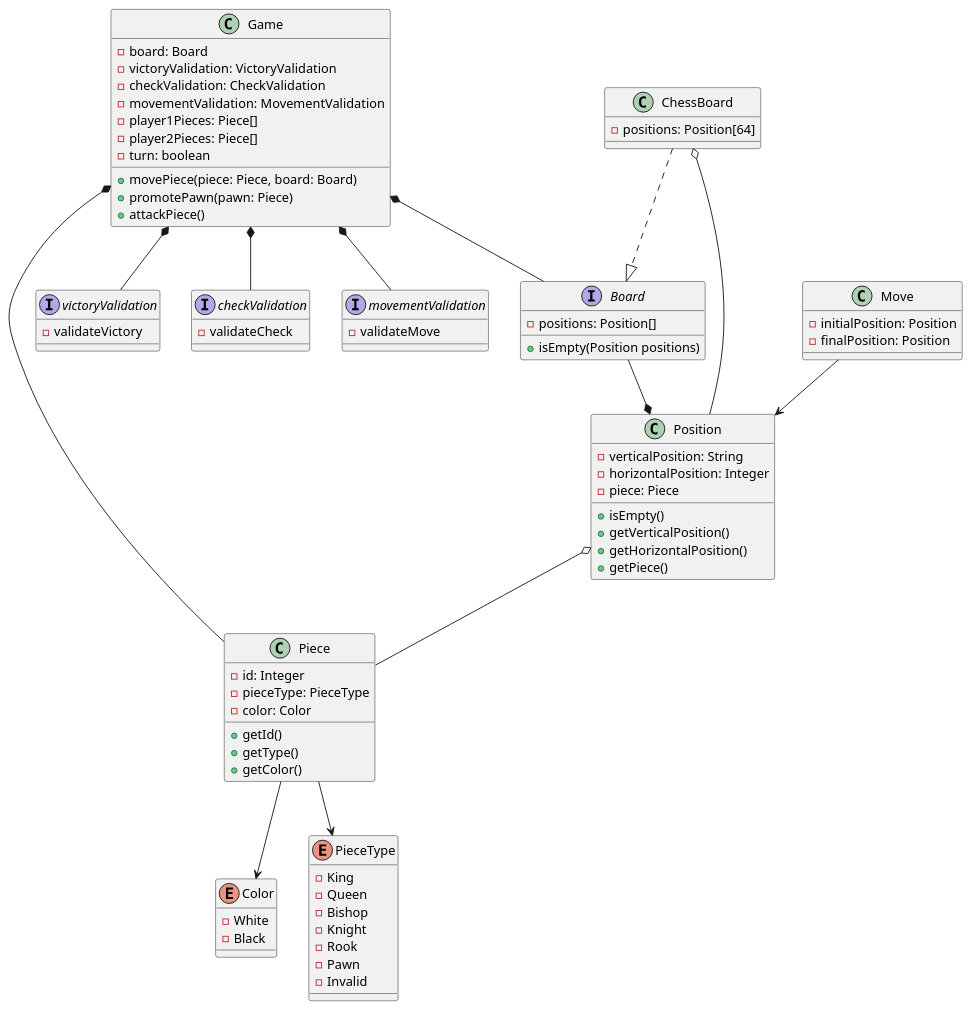
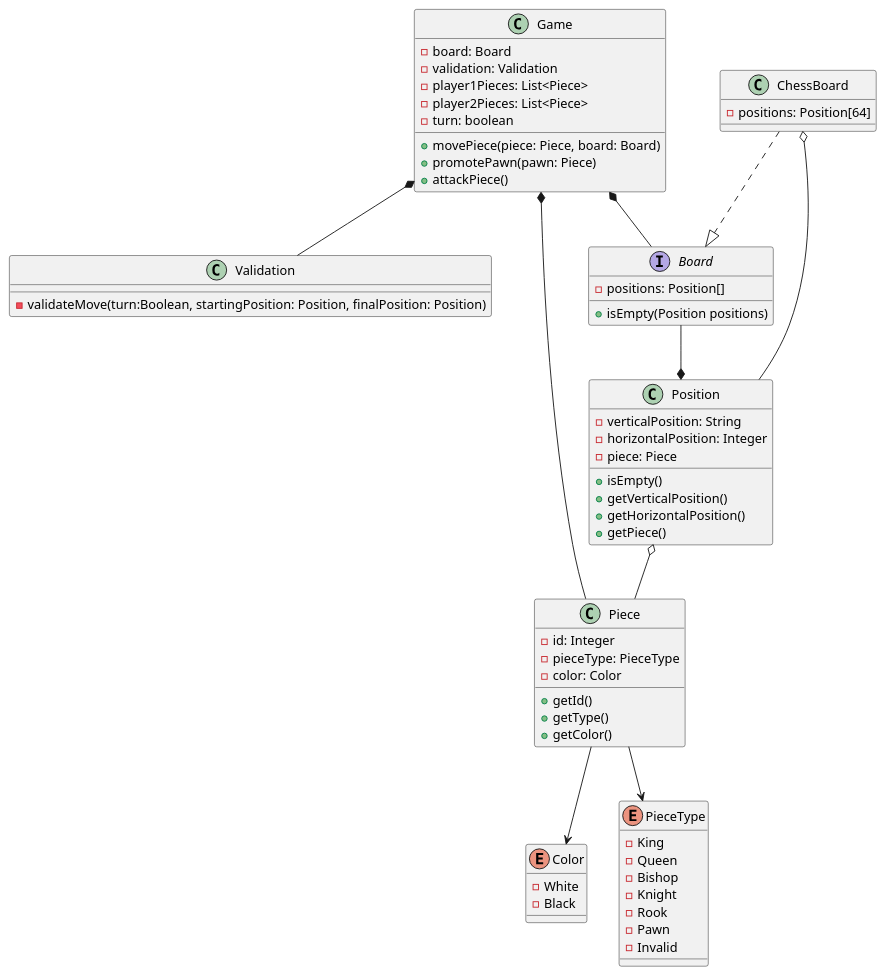
Before and after one commit to JulianRecio/Dis-Sist-Chess: the diagram in diagrams/chessDiagram.puml, drawn with PlantUML. The commit also changed 23 other files, not shown here.

```diff
--- a/diagrams/chessDiagram.puml
+++ b/diagrams/chessDiagram.puml
@@ -1,100 +1,85 @@
 @startuml
 'https://plantuml.com/sequence-diagram
 
 interface Board{
     - positions: Position[]
     + isEmpty(Position positions)
 
 }
 
 ChessBoard ..|> Board
 ChessBoard o-- Position
 class ChessBoard{
     - positions: Position[64]
 }
 
 Position *-u- Board
 Position o-- Piece
 class Position{
     - verticalPosition: String
     - horizontalPosition: Integer
     - piece: Piece
     + isEmpty()
     + getVerticalPosition()
     + getHorizontalPosition()
     + getPiece()
 }
 
 Piece --> Color
 Piece --> PieceType
 class Piece{
     - id: Integer
     - pieceType: PieceType
     - color: Color
     + getId()
     + getType()
     + getColor()
 }
 
 enum Color{
     - White
     - Black
 }
 
 enum PieceType{
     - King
     - Queen
     - Bishop
     - Knight
     - Rook
     - Pawn
     - Invalid
 }
 
-Game *-- victoryValidation
-Game *-- checkValidation
-Game *-- movementValidation
+
+Game *-- Validation
 Game *-- Piece
 Game *-- Board
 class Game{
     - board: Board
-    - victoryValidation: VictoryValidation
-    - checkValidation: CheckValidation
-    - movementValidation: MovementValidation
-    - player1Pieces: Piece[]
-    - player2Pieces: Piece[]
+    - validation: Validation
+    - player1Pieces: List<Piece>
+    - player2Pieces: List<Piece>
     - turn: boolean
     + movePiece(piece: Piece, board: Board)
     + promotePawn(pawn: Piece)
     + attackPiece()
 }
 
-interface victoryValidation{
-    -validateVictory
+
+class Validation{
+    -validateMove(turn:Boolean, startingPosition: Position, finalPosition: Position)
 }
 
-interface checkValidation{
-    -validateCheck
-}
-
-interface movementValidation{
-    -validateMove
-}
-
-Move --> Position
-class Move{
-    -initialPosition: Position
-    -finalPosition: Position
-}
 
 
 
 /'
     --|> herencia
     *-- composición
     o-- agregación
     --> asosiación
     ..> dependencia
     <|.. realización/implementación
 '/
 @enduml
```
